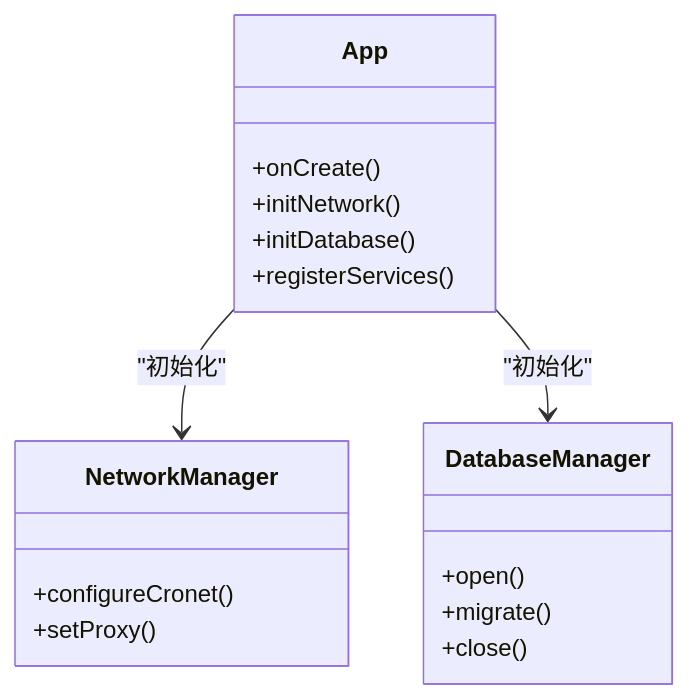
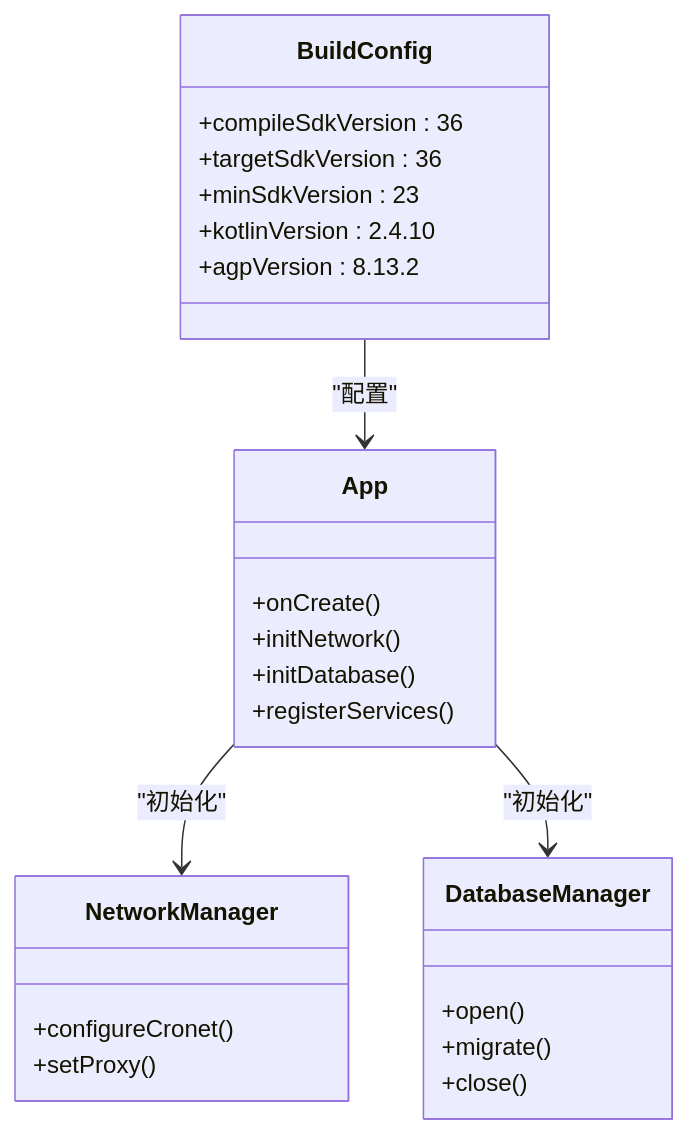
Before and after one commit to ZhangGHGitHub/LegadoTeamFlutter: the third of 13 diagrams in .qoder/repowiki/zh/content/开发指南/开发指南.md, drawn with Mermaid. The commit also changed other lines of this file and 173 other files, not shown here.

````diff
--- a/.qoder/repowiki/zh/content/开发指南/开发指南.md
+++ b/.qoder/repowiki/zh/content/开发指南/开发指南.md
@@ -182,20 +249,28 @@
 ```mermaid
 classDiagram
 class App {
 +onCreate()
 +initNetwork()
 +initDatabase()
 +registerServices()
 }
 class NetworkManager {
 +configureCronet()
 +setProxy()
 }
 class DatabaseManager {
 +open()
 +migrate()
 +close()
 }
+class BuildConfig {
++compileSdkVersion : 36
++targetSdkVersion : 36
++minSdkVersion : 23
++kotlinVersion : 2.4.10
++agpVersion : 8.13.2
+}
 App --> NetworkManager : "初始化"
 App --> DatabaseManager : "初始化"
+BuildConfig --> App : "配置"
 ```
````
